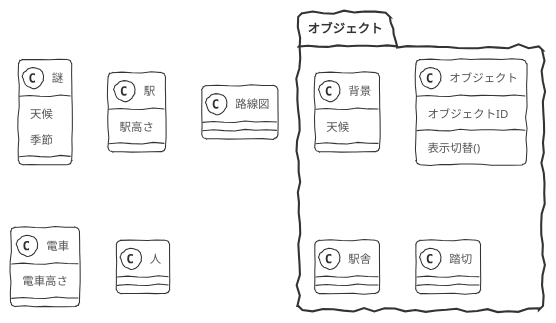
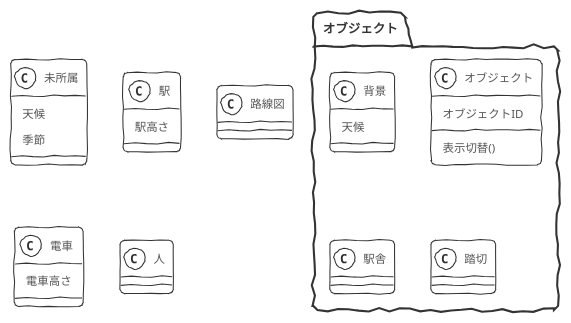
One commit to ssmxgo/tazawa_prj01 changed the diagram in tazawa.puml. Above: the diagram before and after it, drawn with PlantUML. The commit also changed 2 other files, not shown here.

```diff
--- a/tazawa.puml
+++ b/tazawa.puml
@@ -1,37 +1,37 @@
 @startuml まとめ
 !theme sketchy-outline
-class 謎{
+class 未所属{
     天候
     季節
 }
 class 駅 {
     駅高さ
     }
 
 class 路線図 {}
 
 class 電車 {
     電車高さ
 }
 
 class 人 {}
 
 package オブジェクト{
 class 背景{
     天候
 
 }
 
 '各風景 駅舎 建築物
 class オブジェクト{
     オブジェクトID
     表示切替()
 }
 class 駅舎{}
 class 踏切{}
 
 }
 
 'scratchでコードによるオブジェクト生成/削除できるのか？
 
 @enduml
```
